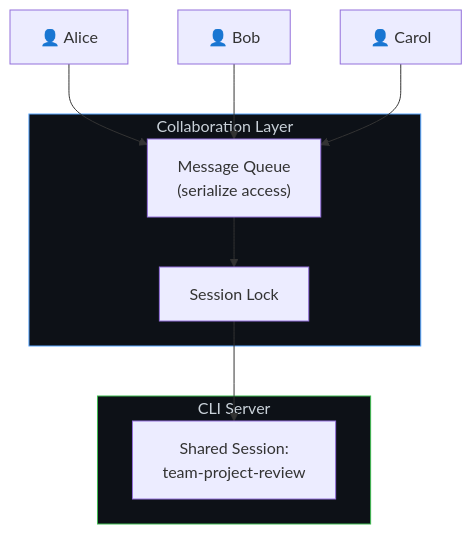
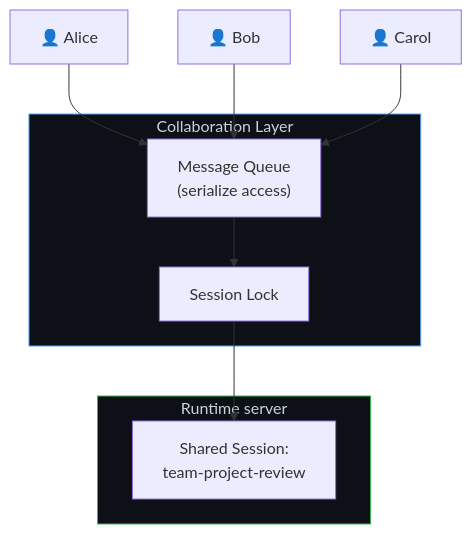
The fourth of 10 diagrams in docs/setup/scaling.md (jeremiahjordanisaacson/copilot-sdk-supercharged), drawn with Mermaid before and after one commit. The commit also changed other lines of this file and 35 other files, not shown here.

````diff
--- a/docs/setup/scaling.md
+++ b/docs/setup/scaling.md
@@ -213,25 +213,25 @@
 ```mermaid
 flowchart TB
     U1["👤 Alice"]
     U2["👤 Bob"]
     U3["👤 Carol"]
 
     subgraph App["Collaboration Layer"]
         Queue["Message Queue<br/>(serialize access)"]
         Lock["Session Lock"]
     end
 
-    subgraph CLI["CLI Server"]
+    subgraph Runtime["Runtime server"]
         Session["Shared Session:<br/>team-project-review"]
     end
 
     U1 --> Queue
     U2 --> Queue
     U3 --> Queue
 
     Queue --> Lock
     Lock --> Session
 
     style App fill:#0d1117,stroke:#58a6ff,color:#c9d1d9
-    style CLI fill:#0d1117,stroke:#3fb950,color:#c9d1d9
+    style Runtime fill:#0d1117,stroke:#3fb950,color:#c9d1d9
 ```
````
